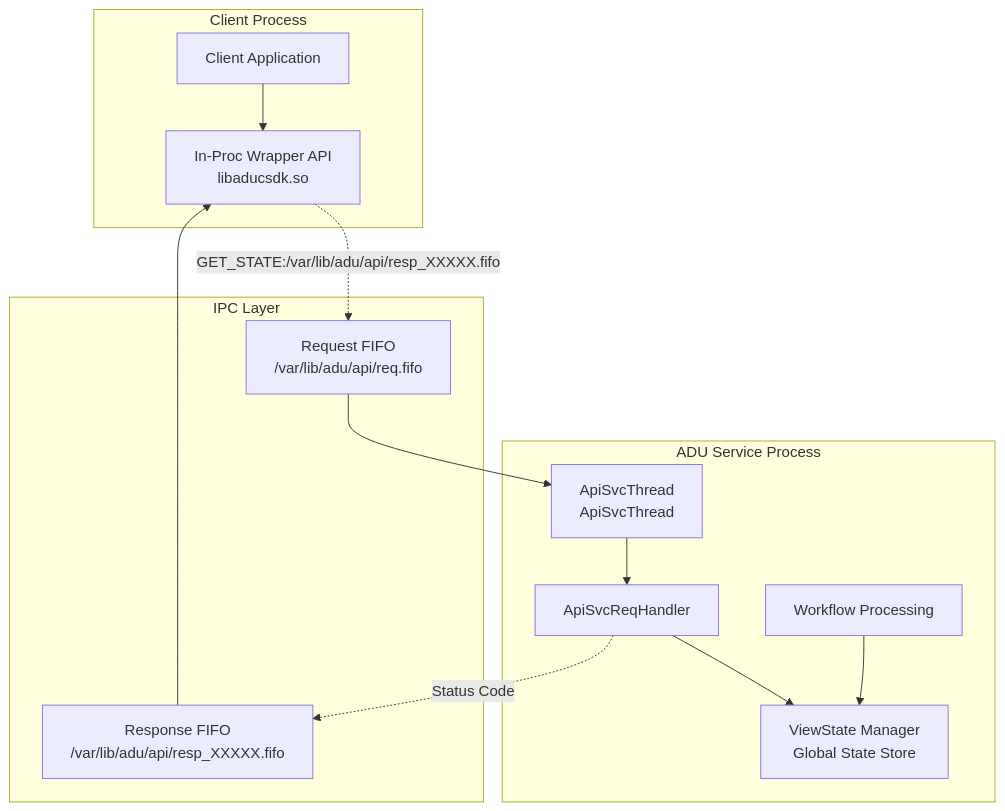
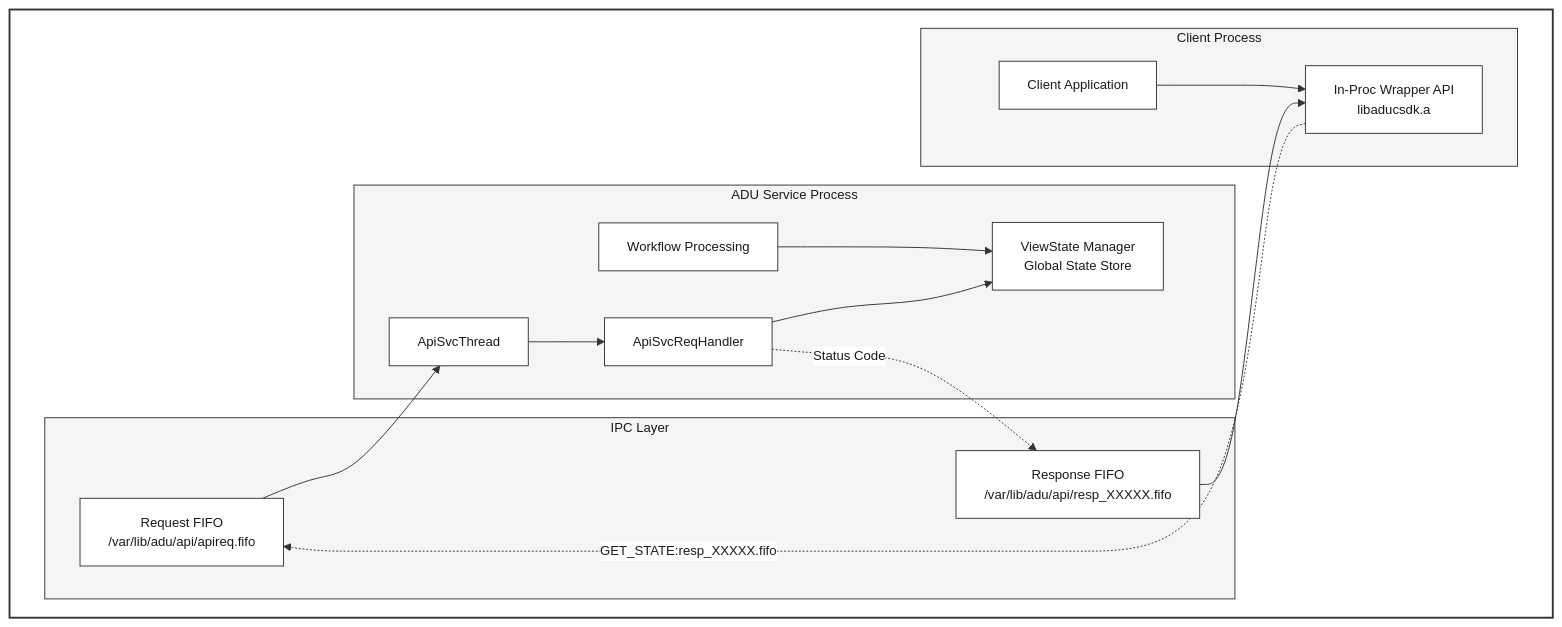
The third of 4 diagrams in docs/agent-reference/GetAduServiceStatus.md (Azure/iot-hub-device-update), drawn with Mermaid before and after one commit. The commit also changed other lines of this file and 16 other files, not shown here.

First line of the commit message:
Consolidate agent docs: schema reference, adu-shell README, integration guide

````diff
--- a/docs/agent-reference/GetAduServiceStatus.md
+++ b/docs/agent-reference/GetAduServiceStatus.md
@@ -255,31 +332,53 @@
 ```mermaid
+%%{init: {'theme': 'base', 'themeVariables': {
+  'primaryColor': '#ffffff',
+  'primaryTextColor': '#1a1a1a',
+  'primaryBorderColor': '#333333',
+  'lineColor': '#333333',
+  'secondaryColor': '#f5f5f5',
+  'tertiaryColor': '#e8e8e8',
+  'mainBkg': '#ffffff',
+  'nodeBorder': '#333333',
+  'clusterBkg': '#f5f5f5',
+  'clusterBorder': '#333333',
+  'titleColor': '#1a1a1a',
+  'edgeLabelBackground': '#ffffff',
+  'fontFamily': 'monospace',
+  'fontSize': '14px'
+}}}%%
+flowchart TB
+    subgraph Main[" "]
+        subgraph ClientProc["Client Process"]
+            CA["Client Application"]
+            IW["In-Proc Wrapper API
+            libaducsdk.a"]
+            CA --> IW
+        end
 
-graph TB
-    subgraph "Client Process"
-        CA[Client Application]
-        IW[In-Proc Wrapper API<br/>libaducsdk.so]
-        CA --> IW
+        subgraph AduProc["ADU Service Process"]
+            CL["ApiSvcThread"]
+            VSM["ViewState Manager
+            Global State Store"]
+            WF["Workflow Processing"]
+            CH["ApiSvcReqHandler"]
+
+            WF --> VSM
+            CL --> CH
+            CH --> VSM
+        end
+
+        subgraph IPC["IPC Layer"]
+            RF["Request FIFO
+            /var/lib/adu/api/apireq.fifo"]
+            RSF["Response FIFO
+            /var/lib/adu/api/resp_XXXXX.fifo"]
+        end
+
+        IW -.->|"GET_STATE:resp_XXXXX.fifo"| RF
+        RF --> CL
+        CH -.->|"Status Code"| RSF
+        RSF --> IW
     end
 
-    subgraph "ADU Service Process"
-        CL[ApiSvcThread<br/>ApiSvcThread]
-        VSM[ViewState Manager<br/>Global State Store]
-        WF[Workflow Processing]
-        CH[ApiSvcReqHandler]
-
-        WF --> VSM
-        CL --> CH
-        CH --> VSM
-    end
-
-    subgraph "IPC Layer"
-        RF[Request FIFO<br/>/var/lib/adu/api/req.fifo]
-        RSF[Response FIFO<br/>/var/lib/adu/api/resp_XXXXX.fifo]
-    end
-
-    IW -.->|"GET_STATE:/var/lib/adu/api/resp_XXXXX.fifo"| RF
-    RF --> CL
-    CH -.->|"Status Code"| RSF
-    RSF --> IW
-
+    style Main fill:#ffffff,stroke:#333333,stroke-width:2px,color:#1a1a1a
 ```
````
